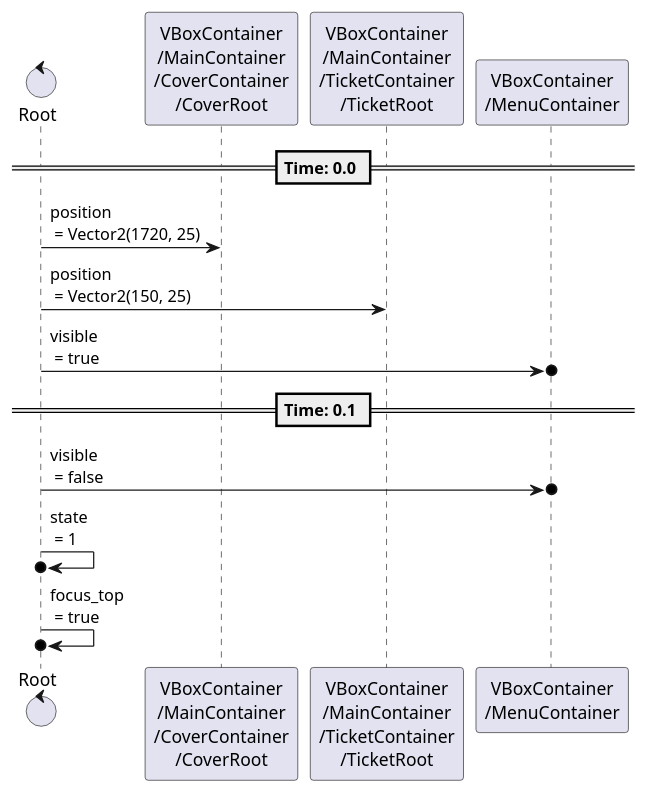
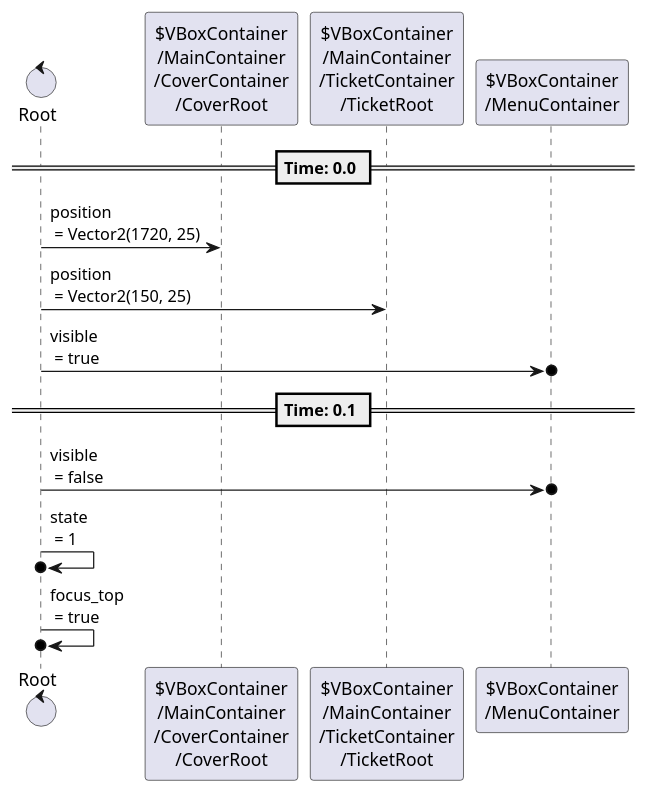
One commit to tkmfujise/Platformer-Game-Learning changed the seventh of 7 diagrams in content/scenes/src/account/account.tscn.adoc. Above: the diagram before and after it, drawn with PlantUML. The commit also changed other lines of this file and 31 other files, not shown here.

Commit message:
Add prefix $ to node name in animation sequences

```diff
--- a/content/scenes/src/account/account.tscn.adoc
+++ b/content/scenes/src/account/account.tscn.adoc
@@ -534,20 +534,20 @@
 [plantuml]
 ....
-control "Root" as Root
-participant "VBoxContainer\n/MainContainer\n/CoverContainer\n/CoverRoot" as T0
-participant "VBoxContainer\n/MainContainer\n/TicketContainer\n/TicketRoot" as T1
-participant "VBoxContainer\n/MenuContainer" as T2
+control "Root" as R
+participant "$VBoxContainer\n/MainContainer\n/CoverContainer\n/CoverRoot" as T0
+participant "$VBoxContainer\n/MainContainer\n/TicketContainer\n/TicketRoot" as T1
+participant "$VBoxContainer\n/MenuContainer" as T2
 
 
 
 == Time: 0.0 ==
-Root  ->  T0 : position\n = Vector2(1720, 25)
-Root  ->  T1 : position\n = Vector2(150, 25)
-Root  ->o  T2 : visible\n = true
+R  ->  T0 : position\n = Vector2(1720, 25)
+R  ->  T1 : position\n = Vector2(150, 25)
+R  ->o  T2 : visible\n = true
 == Time: 0.1 ==
-Root  ->o  T2 : visible\n = false
-Root  ->o  Root : state\n = 1
-Root  ->o  Root : focus_top\n = true
+R  ->o  T2 : visible\n = false
+R  ->o  R : state\n = 1
+R  ->o  R : focus_top\n = true
 
 
 ....
```
